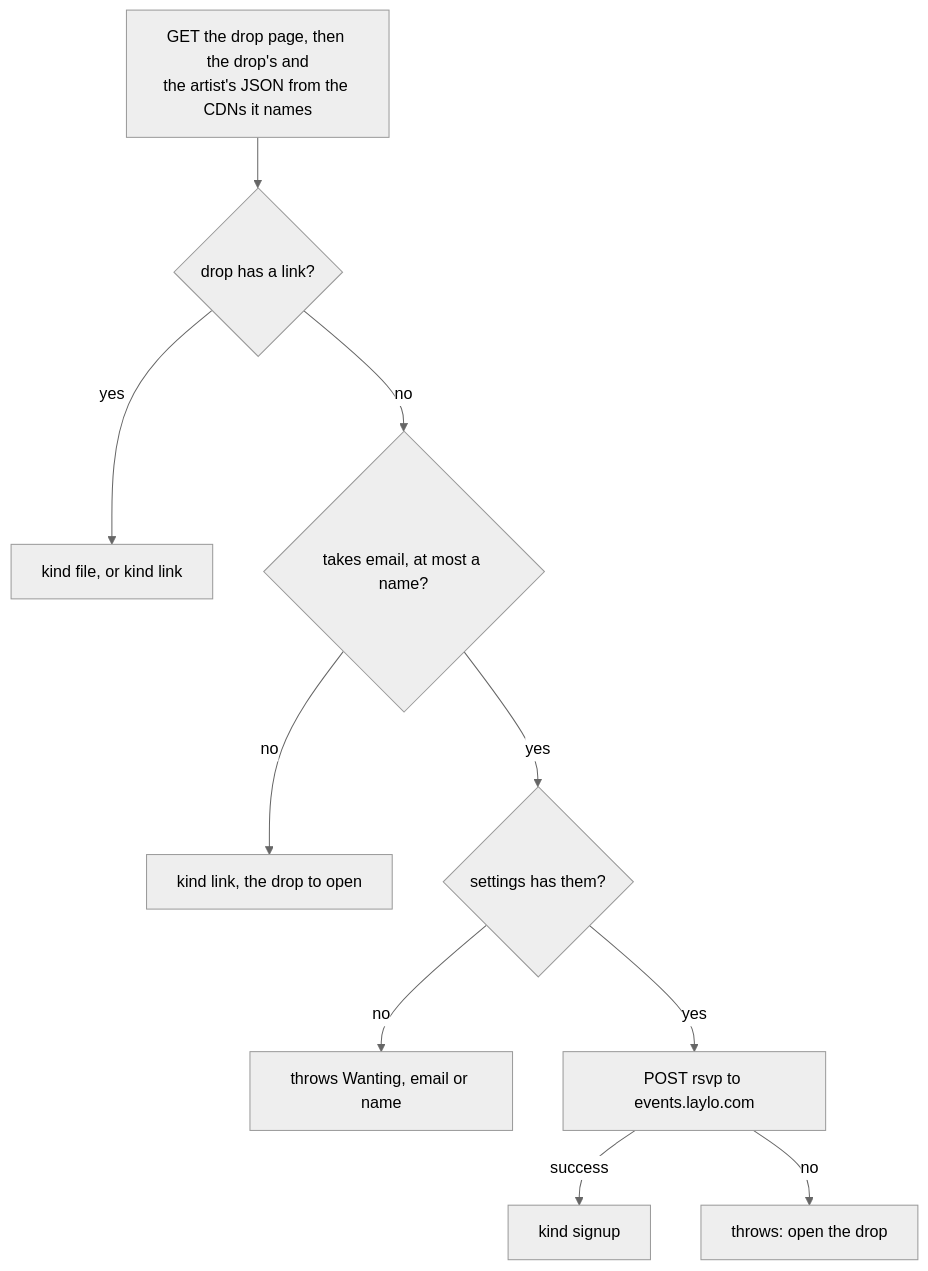
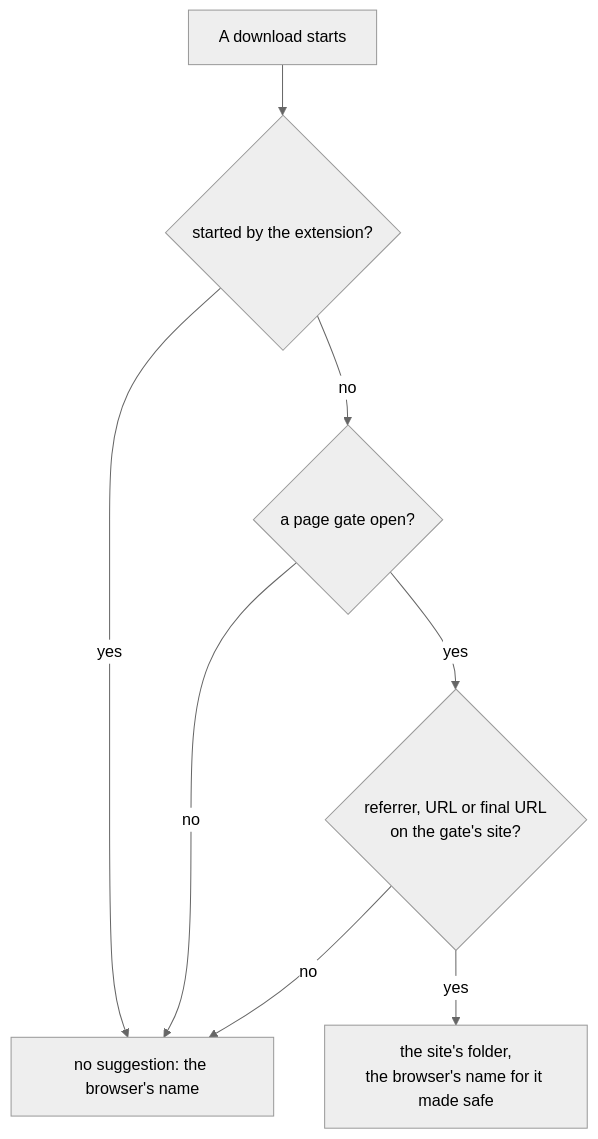
One commit to cutenode/localnetwork changed the seventh of 8 diagrams in apps/localtoolbox/docs/diagrams/downloader.md. Above: the diagram before and after it, drawn with Mermaid (neutral theme). The commit also changed other lines of this file and 58 other files, not shown here.

````diff
--- a/apps/localtoolbox/docs/diagrams/downloader.md
+++ b/apps/localtoolbox/docs/diagrams/downloader.md
@@ -253,23 +186,17 @@
 ```mermaid
 flowchart TD
-  Json["GET the drop page, then the drop's and<br/>the artist's JSON from the CDNs it names"]
-  HasLink{"drop has a link?"}
-  Goes["kind file, or kind link"]
-  Can{"takes email, at most a name?"}
-  OpenIt["kind link, the drop to open"]
-  Have{"settings has them?"}
-  Want["throws Wanting, email or name"]
-  Rsvp["POST rsvp to events.laylo.com"]
-  Sent["kind signup"]
-  Refused["throws: open the drop"]
+  Item["A download starts"]
+  Ours{"started by the extension?"}
+  Run{"a page gate open?"}
+  From{"referrer, URL or final URL<br/>on the gate's site?"}
+  Leave["no suggestion: the browser's name"]
+  File["the site's folder,<br/>the browser's name for it made safe"]
 
-  Json --> HasLink
-  HasLink -->|yes| Goes
-  HasLink -->|no| Can
-  Can -->|no| OpenIt
-  Can -->|yes| Have
-  Have -->|no| Want
-  Have -->|yes| Rsvp
-  Rsvp -->|success| Sent
-  Rsvp -->|"no"| Refused
+  Item --> Ours
+  Ours -->|yes| Leave
+  Ours -->|no| Run
+  Run -->|no| Leave
+  Run -->|yes| From
+  From -->|no| Leave
+  From -->|yes| File
 ```
````
